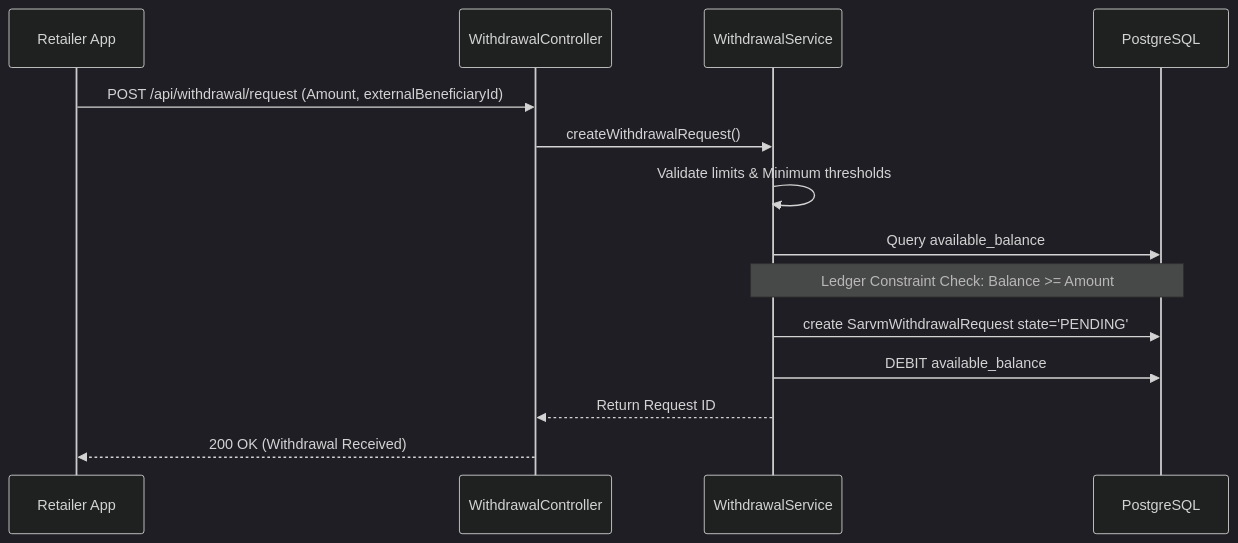
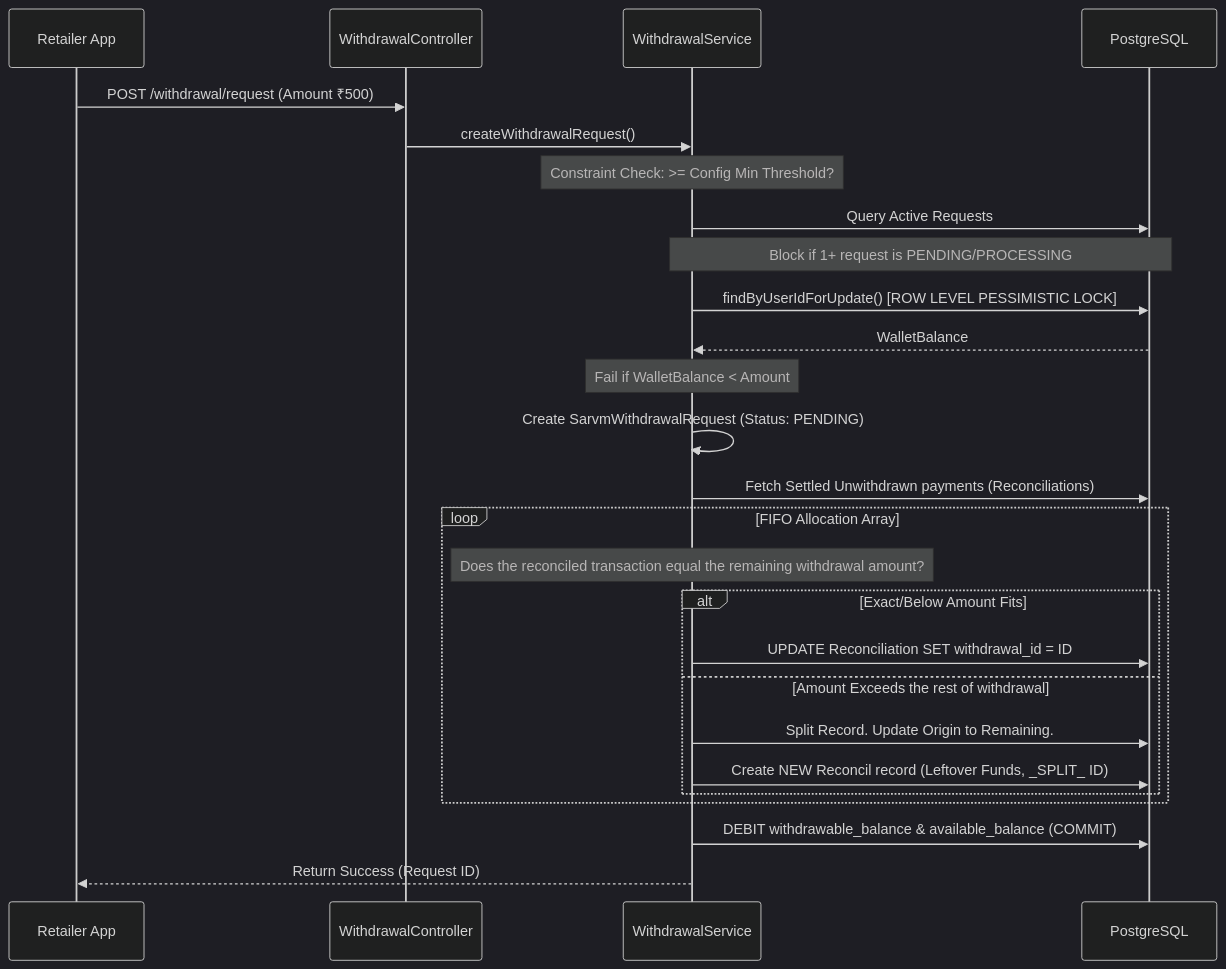
The second of 4 diagrams in README.md (Omkar7840/eco), drawn with Mermaid (dark theme) before and after one commit. The commit also changed other lines of this file, not shown here.

````diff
--- a/README.md
+++ b/README.md
@@ -54,17 +54,40 @@
 ```mermaid
 sequenceDiagram
     participant R as Retailer App
     participant W as WithdrawalController
     participant S as WithdrawalService
-    participant DB as PostgreSQL
+    participant DB as PostgreSQL 
 
-    R->>W: POST /api/withdrawal/request (Amount, externalBeneficiaryId)
+    R->>W: POST /withdrawal/request (Amount ₹500)
     W->>S: createWithdrawalRequest()
-    S->>S: Validate limits & Minimum thresholds
-    S->>DB: Query available_balance
-    Note over S,DB: Ledger Constraint Check: Balance >= Amount
-    S->>DB: create SarvmWithdrawalRequest state='PENDING'
-    S->>DB: DEBIT available_balance 
-    S-->>W: Return Request ID
-    W-->>R: 200 OK (Withdrawal Received)
+    
+    %% Constraints
+    Note over S: Constraint Check: >= Config Min Threshold?
+    S->>DB: Query Active Requests
+    Note over S,DB: Block if 1+ request is PENDING/PROCESSING
+    
+    %% Locks
+    S->>DB: findByUserIdForUpdate() [ROW LEVEL PESSIMISTIC LOCK]
+    DB-->>S: WalletBalance
+    
+    %% Constraint 
+    Note over S: Fail if WalletBalance < Amount
+    
+    %% Logic
+    S->>S: Create SarvmWithdrawalRequest (Status: PENDING)
+    S->>DB: Fetch Settled Unwithdrawn payments (Reconciliations)
+    
+    %% Loop
+    loop FIFO Allocation Array
+        Note over S: Does the reconciled transaction equal the remaining withdrawal amount?
+        alt Exact/Below Amount Fits
+            S->>DB: UPDATE Reconciliation SET withdrawal_id = ID
+        else Amount Exceeds the rest of withdrawal
+            S->>DB: Split Record. Update Origin to Remaining.
+            S->>DB: Create NEW Reconcil record (Leftover Funds, _SPLIT_ ID)
+        end
+    end
+    
+    S->>DB: DEBIT withdrawable_balance & available_balance (COMMIT)
+    S-->>R: Return Success (Request ID)
 ```
````
